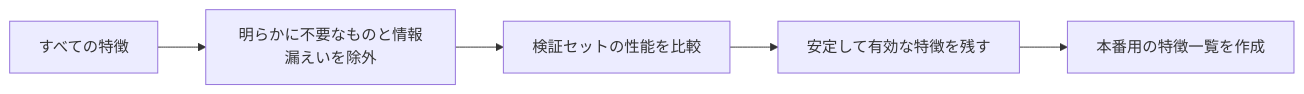
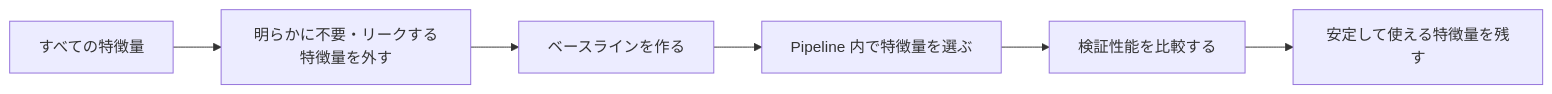
The diagram in i18n/ja/docusaurus-plugin-content-docs/current/ch05-machine-learning/ch05-feature-engineering/04-feature-selection.md (oudbiao/AI-fullstack-course), drawn with Mermaid before and after one commit. The commit also changed other lines of this file and 5 other files, not shown here.

````diff
--- a/i18n/ja/docusaurus-plugin-content-docs/current/ch05-machine-learning/ch05-feature-engineering/04-feature-selection.md
+++ b/i18n/ja/docusaurus-plugin-content-docs/current/ch05-machine-learning/ch05-feature-engineering/04-feature-selection.md
@@ -29,7 +33,8 @@
 ```mermaid
 flowchart LR
-  A[すべての特徴] --> B[明らかに不要なものと情報漏えいを除外]
-  B --> C[検証セットの性能を比較]
-  C --> D[安定して有効な特徴を残す]
-  D --> E[本番用の特徴一覧を作成]
+  A["すべての特徴量"] --> B["明らかに不要・リークする特徴量を外す"]
+  B --> C["ベースラインを作る"]
+  C --> D["Pipeline 内で特徴量を選ぶ"]
+  D --> E["検証性能を比較する"]
+  E --> F["安定して使える特徴量を残す"]
 ```
````
